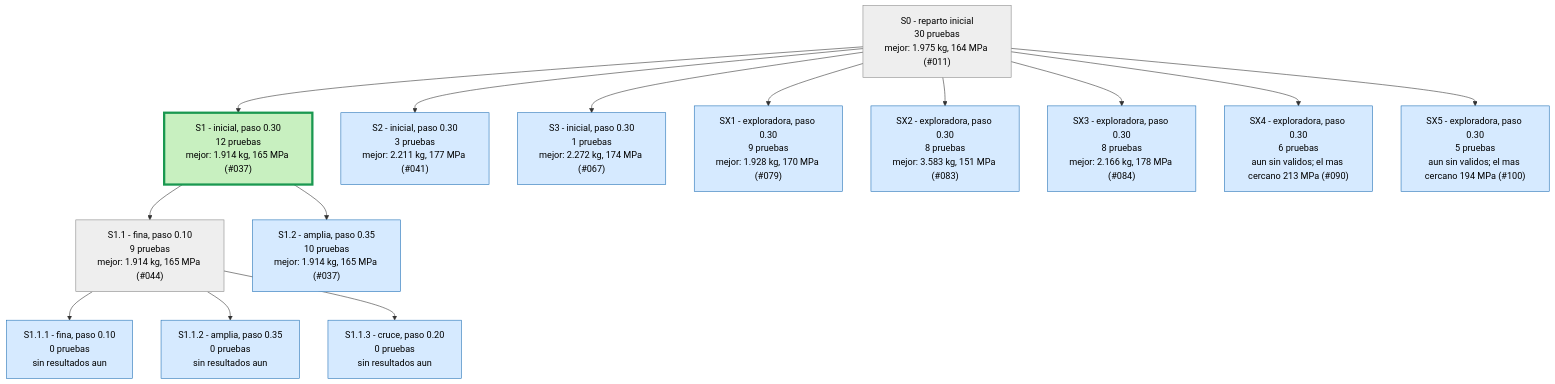
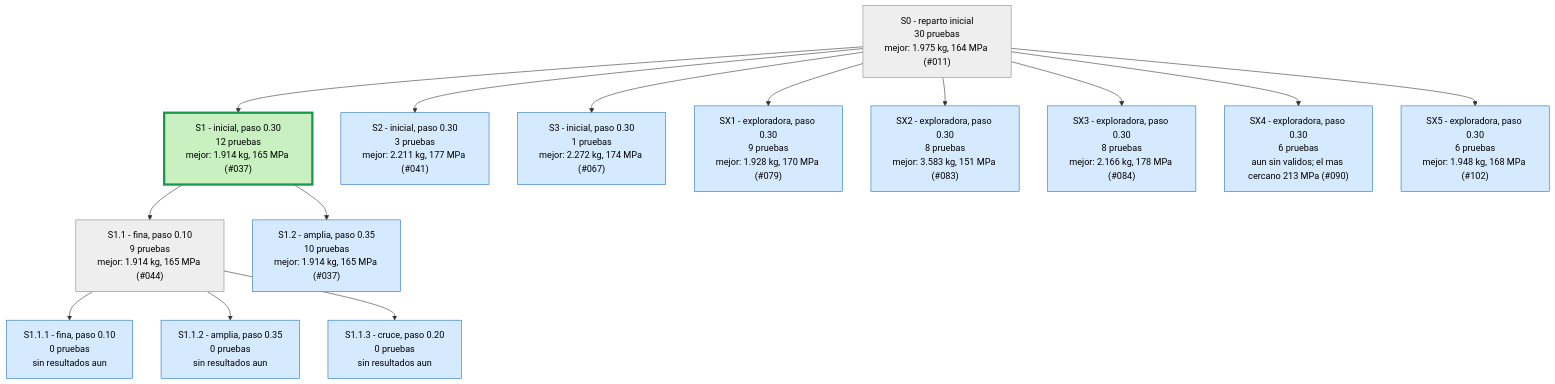
The first of 4 diagrams in runs/opt_37800N/ARBOL.md (Hugiko/msd-soporte-optimizacion), drawn with Mermaid before and after one commit. The commit also changed 22 other files, not shown here.

````diff
--- a/runs/opt_37800N/ARBOL.md
+++ b/runs/opt_37800N/ARBOL.md
@@ -9,33 +9,33 @@
 ```mermaid
 graph TD
 classDef activa fill:#d6eaff,stroke:#1f6fb5,color:#000
 classDef fin fill:#eeeeee,stroke:#888,color:#000
 classDef mejor fill:#c8f0c0,stroke:#1a9850,stroke-width:4px,color:#000
 S0["S0 - reparto inicial<br/>30 pruebas<br/>mejor: 1.975 kg, 164 MPa (#011)"]:::fin
 S1["S1 - inicial, paso 0.30<br/>12 pruebas<br/>mejor: 1.914 kg, 165 MPa (#037)"]:::mejor
 S0 --> S1
 S2["S2 - inicial, paso 0.30<br/>3 pruebas<br/>mejor: 2.211 kg, 177 MPa (#041)"]:::activa
 S0 --> S2
 S3["S3 - inicial, paso 0.30<br/>1 pruebas<br/>mejor: 2.272 kg, 174 MPa (#067)"]:::activa
 S0 --> S3
 S1_1["S1.1 - fina, paso 0.10<br/>9 pruebas<br/>mejor: 1.914 kg, 165 MPa (#044)"]:::fin
 S1 --> S1_1
 S1_2["S1.2 - amplia, paso 0.35<br/>10 pruebas<br/>mejor: 1.914 kg, 165 MPa (#037)"]:::activa
 S1 --> S1_2
 S1_1_1["S1.1.1 - fina, paso 0.10<br/>0 pruebas<br/>sin resultados aun"]:::activa
 S1_1 --> S1_1_1
 S1_1_2["S1.1.2 - amplia, paso 0.35<br/>0 pruebas<br/>sin resultados aun"]:::activa
 S1_1 --> S1_1_2
 S1_1_3["S1.1.3 - cruce, paso 0.20<br/>0 pruebas<br/>sin resultados aun"]:::activa
 S1_1 --> S1_1_3
 SX1["SX1 - exploradora, paso 0.30<br/>9 pruebas<br/>mejor: 1.928 kg, 170 MPa (#079)"]:::activa
 S0 --> SX1
 SX2["SX2 - exploradora, paso 0.30<br/>8 pruebas<br/>mejor: 3.583 kg, 151 MPa (#083)"]:::activa
 S0 --> SX2
 SX3["SX3 - exploradora, paso 0.30<br/>8 pruebas<br/>mejor: 2.166 kg, 178 MPa (#084)"]:::activa
 S0 --> SX3
 SX4["SX4 - exploradora, paso 0.30<br/>6 pruebas<br/>aun sin validos; el mas cercano 213 MPa (#090)"]:::activa
 S0 --> SX4
-SX5["SX5 - exploradora, paso 0.30<br/>5 pruebas<br/>aun sin validos; el mas cercano 194 MPa (#100)"]:::activa
+SX5["SX5 - exploradora, paso 0.30<br/>6 pruebas<br/>mejor: 1.948 kg, 168 MPa (#102)"]:::activa
 S0 --> SX5
 ```
````
